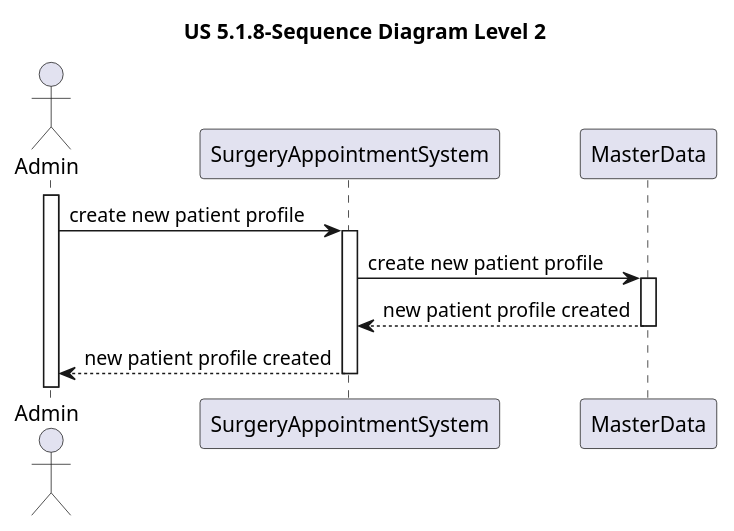
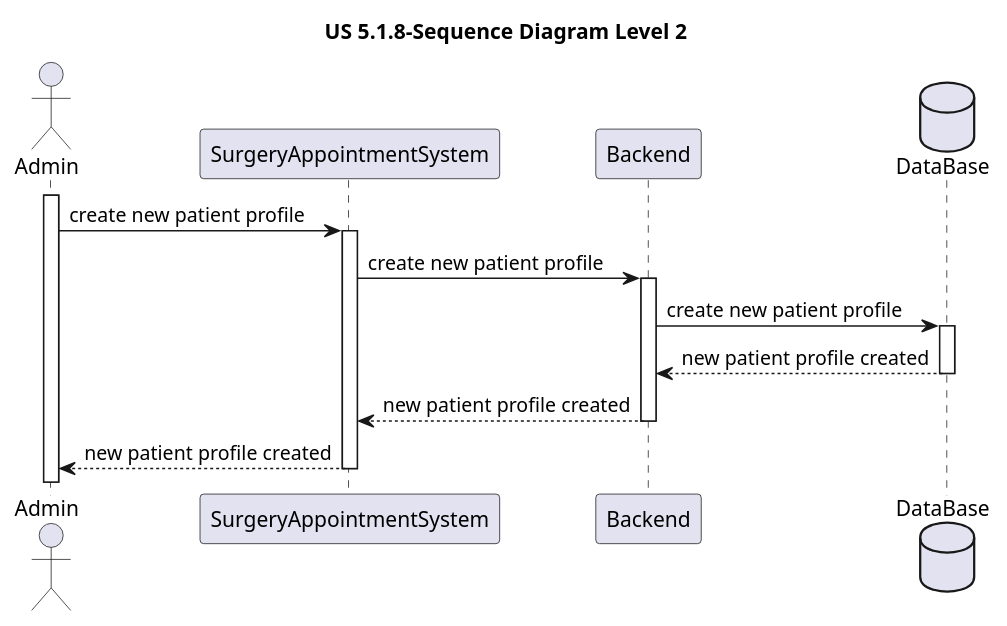
Before and after one commit to MateusCabral2004/sem5pi: the diagram in docs/Sprint 1/US 5.1.8/Sequence Diagrams/Level2/SD_Level2.puml, drawn with PlantUML. The commit also changed 7 other files, not shown here.

Commit message:
#23 sequence diagram level 1

```diff
--- a/docs/Sprint 1/US 5.1.8/Sequence Diagrams/Level2/SD_Level2.puml
+++ b/docs/Sprint 1/US 5.1.8/Sequence Diagrams/Level2/SD_Level2.puml
@@ -1,24 +1,30 @@
 @startuml
 
 title US 5.1.8-Sequence Diagram Level 2
 
 actor Admin
 participant SurgeryAppointmentSystem
-participant MasterData
+participant Backend
+database DataBase
 
 activate Admin
 
 Admin -> SurgeryAppointmentSystem: create new patient profile
 
 activate SurgeryAppointmentSystem
 
-SurgeryAppointmentSystem -> MasterData: create new patient profile
+SurgeryAppointmentSystem -> Backend: create new patient profile
+activate Backend
 
-activate MasterData
+Backend -> DataBase:create new patient profile
+activate DataBase
 
-MasterData --> SurgeryAppointmentSystem: new patient profile created
-deactivate MasterData
+DataBase -->Backend:new patient profile created
+deactivate DataBase
+
+Backend --> SurgeryAppointmentSystem: new patient profile created
+deactivate Backend
 
 SurgeryAppointmentSystem --> Admin: new patient profile created
 deactivate SurgeryAppointmentSystem
 @enduml
```
